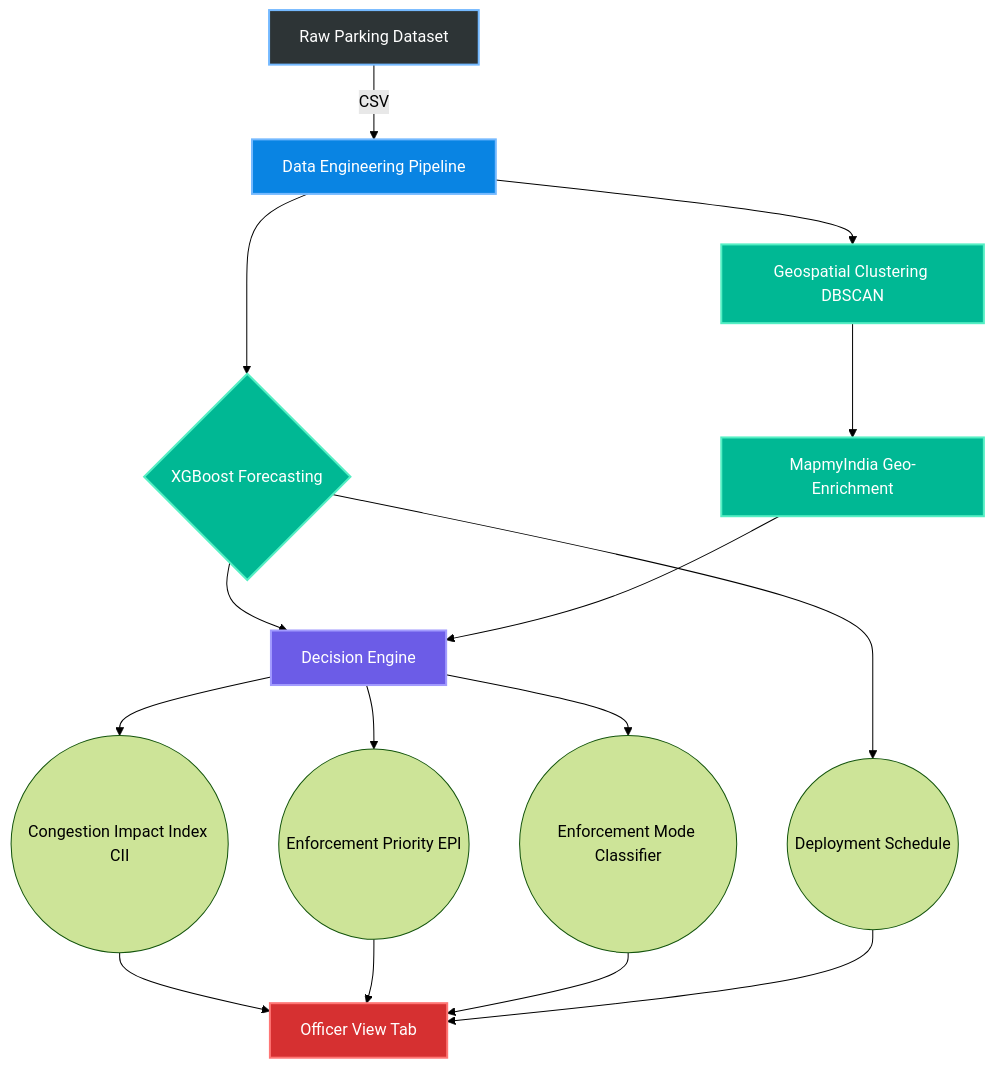
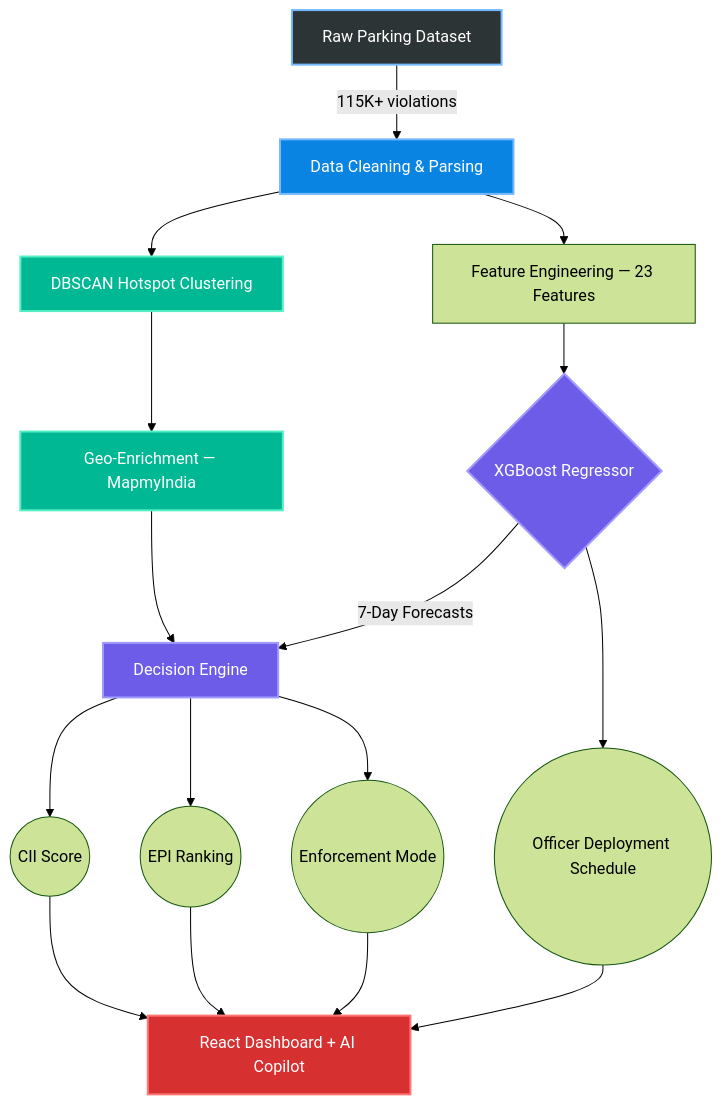
One commit to sanyam-15/Parkplus changed the first of 2 diagrams in README.md. Above: the diagram before and after it, drawn with Mermaid (forest theme). The commit also changed other lines of this file, not shown here.

Commit message:
Update README with polished formatting and dashboard images

````diff
--- a/README.md
+++ b/README.md
@@ -43,25 +96,26 @@
 ```mermaid
-graph TD;
-    A[Raw Parking Dataset] -->|CSV| B[Data Engineering Pipeline]
-    B --> C{XGBoost Forecasting}
-    B --> D[Geospatial Clustering DBSCAN]
-    D --> E[MapmyIndia Geo-Enrichment]
-    C --> F[Decision Engine]
-    E --> F
-    F --> G((Congestion Impact Index CII))
-    F --> H((Enforcement Priority EPI))
-    F --> M((Enforcement Mode Classifier))
-    G --> I[React Dashboard & Copilot]
-    H --> I
-    M --> I
-    C --> J((Deployment Schedule))
-    J --> I[Officer View Tab]
-    
+graph TD
+    A[Raw Parking Dataset] -->|115K+ violations| B[Data Cleaning & Parsing]
+    B --> C[DBSCAN Hotspot Clustering]
+    C --> D[Geo-Enrichment — MapmyIndia]
+    B --> E[Feature Engineering — 23 Features]
+    E --> F{XGBoost Regressor}
+    D --> G[Decision Engine]
+    F -->|7-Day Forecasts| G
+    G --> H((CII Score))
+    G --> I((EPI Ranking))
+    G --> J((Enforcement Mode))
+    H --> K[React Dashboard + AI Copilot]
+    I --> K
+    J --> K
+    F --> L((Officer Deployment Schedule))
+    L --> K
+
     style A fill:#2d3436,stroke:#74b9ff,stroke-width:2px,color:#fff
     style B fill:#0984e3,stroke:#74b9ff,stroke-width:2px,color:#fff
     style C fill:#00b894,stroke:#55efc4,stroke-width:2px,color:#fff
     style D fill:#00b894,stroke:#55efc4,stroke-width:2px,color:#fff
-    style E fill:#00b894,stroke:#55efc4,stroke-width:2px,color:#fff
     style F fill:#6c5ce7,stroke:#a29bfe,stroke-width:2px,color:#fff
-    style I fill:#d63031,stroke:#ff7675,stroke-width:2px,color:#fff
+    style G fill:#6c5ce7,stroke:#a29bfe,stroke-width:2px,color:#fff
+    style K fill:#d63031,stroke:#ff7675,stroke-width:2px,color:#fff
 ```
````
